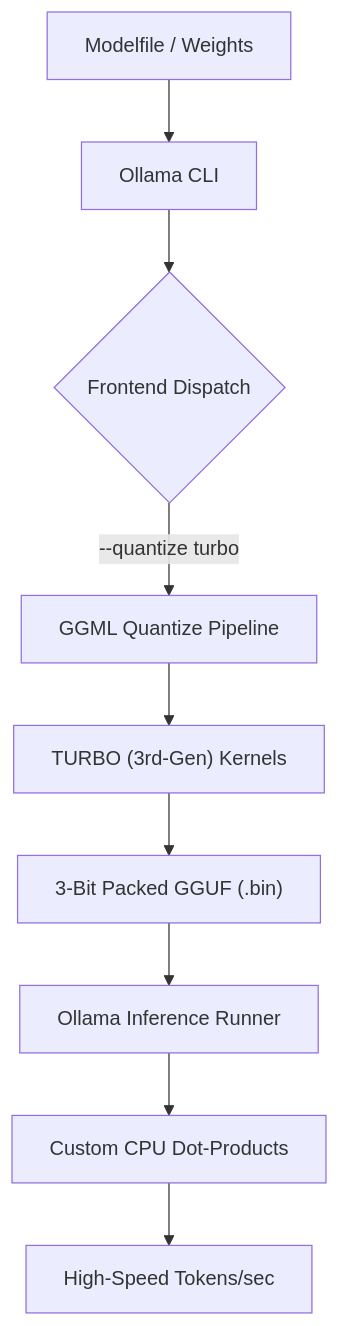
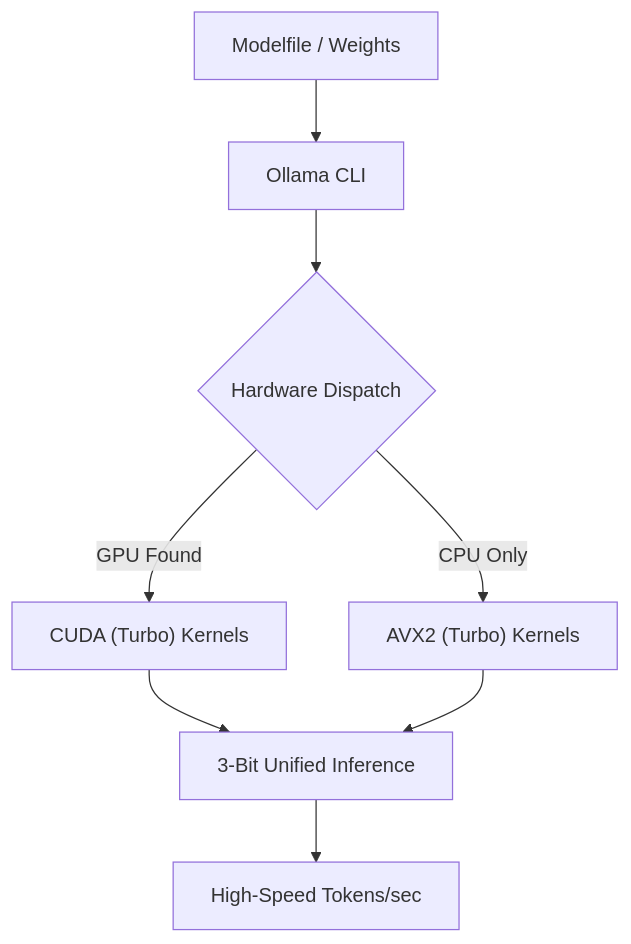
Before and after one commit to Lucien2468/Ollama-TurboQuant-Integration: the diagram in README.md, drawn with Mermaid. The commit also changed other lines of this file and 14 other files, not shown here.

````diff
--- a/README.md
+++ b/README.md
@@ -47,11 +43,10 @@
 ```mermaid
 graph TD
     A["Modelfile / Weights"] --> B["Ollama CLI"]
-    B --> C{"Frontend Dispatch"}
-    C -- "--quantize turbo" --> D["GGML Quantize Pipeline"]
-    D --> E["TURBO (3rd-Gen) Kernels"]
-    E --> F["3-Bit Packed GGUF (.bin)"]
-    F --> G["Ollama Inference Runner"]
-    G --> H["Custom CPU Dot-Products"]
-    H --> I["High-Speed Tokens/sec"]
+    B --> C{"Hardware Dispatch"}
+    C -- "GPU Found" --> D["CUDA (Turbo) Kernels"]
+    C -- "CPU Only" --> E["AVX2 (Turbo) Kernels"]
+    D --> F["3-Bit Unified Inference"]
+    E --> F
+    F --> G["High-Speed Tokens/sec"]
 ```
````
